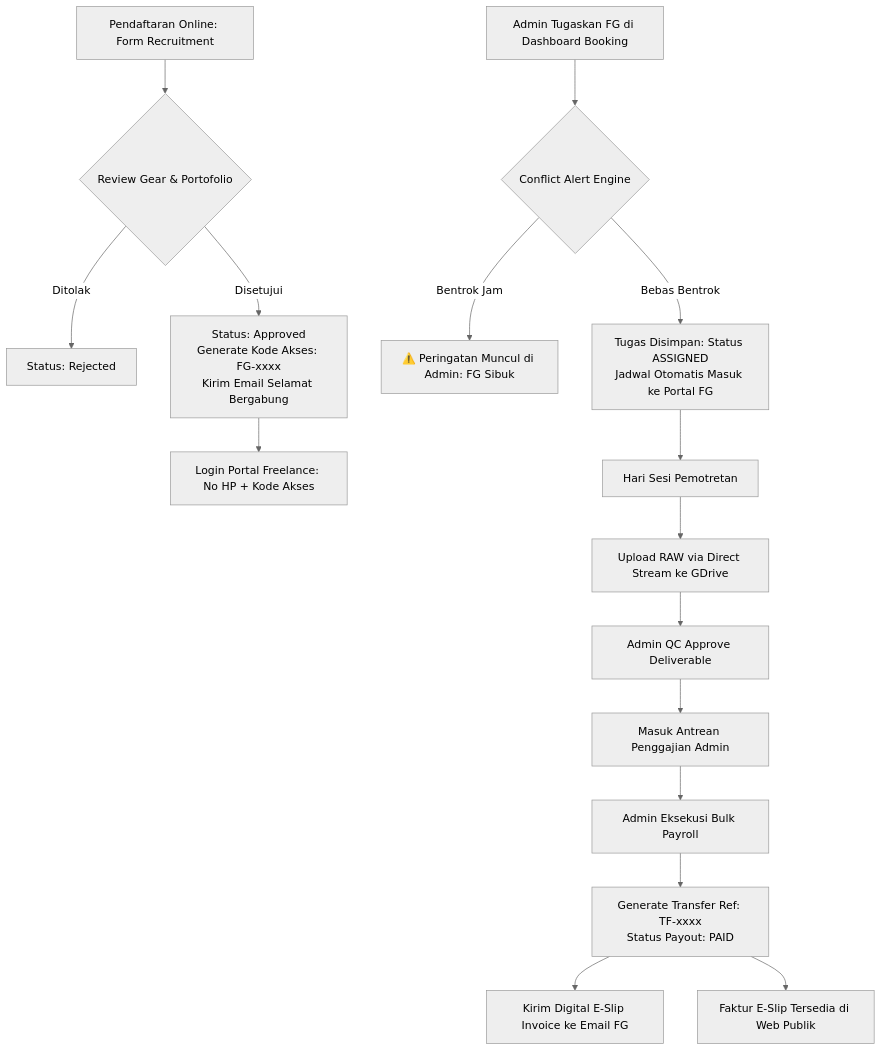
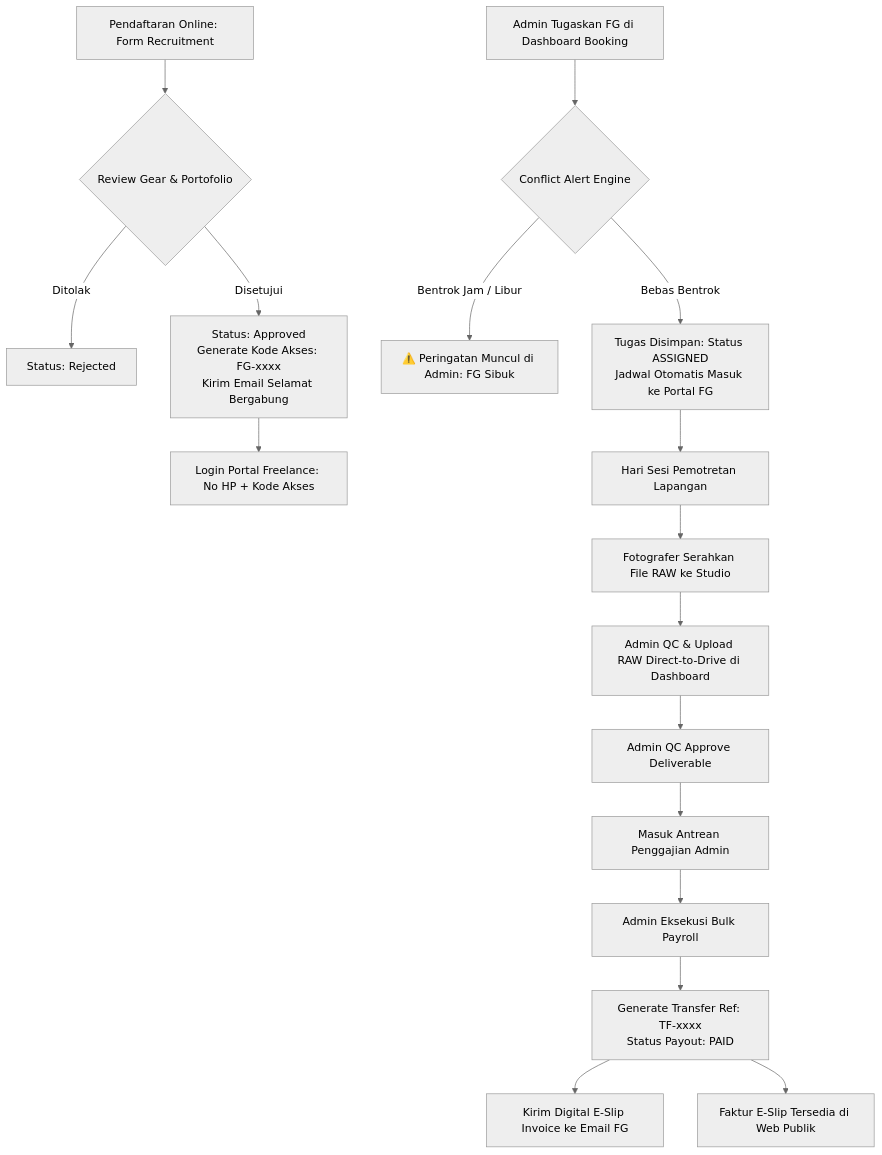
The third of 4 diagrams in FLOW_SISTEM/DOKUMENTASI_KOMPREHENSIF_DAN_DEEP_AUDIT_SISTEM_WISUDA.md (armansyam/Wisuda), drawn with Mermaid (neutral theme) before and after one commit. The commit also changed other lines of this file, not shown here.

Commit message:
docs: clarify 100% Admin-Centric Photo Upload & remove false freelance upload mentions

````diff
--- a/FLOW_SISTEM/DOKUMENTASI_KOMPREHENSIF_DAN_DEEP_AUDIT_SISTEM_WISUDA.md
+++ b/FLOW_SISTEM/DOKUMENTASI_KOMPREHENSIF_DAN_DEEP_AUDIT_SISTEM_WISUDA.md
@@ -156,22 +159,23 @@
 ```mermaid
 graph TD
     Pendaftaran[Pendaftaran Online: Form Recruitment] --> AdminReviewFG{Review Gear & Portofolio}
     AdminReviewFG -->|Ditolak| TolakFG[Status: Rejected]
     AdminReviewFG -->|Disetujui| ApprovedFG[Status: Approved<br/>Generate Kode Akses: FG-xxxx<br/>Kirim Email Selamat Bergabung]
     
     ApprovedFG --> LoginPortal[Login Portal Freelance: No HP + Kode Akses]
     
     AdminAssign[Admin Tugaskan FG di Dashboard Booking] --> CheckConflict{Conflict Alert Engine}
-    CheckConflict -->|Bentrok Jam| AlertAdmin[⚠️ Peringatan Muncul di Admin: FG Sibuk]
+    CheckConflict -->|Bentrok Jam / Libur| AlertAdmin[⚠️ Peringatan Muncul di Admin: FG Sibuk]
     CheckConflict -->|Bebas Bentrok| SaveAssign[Tugas Disimpan: Status ASSIGNED<br/>Jadwal Otomatis Masuk ke Portal FG]
     
-    SaveAssign --> ShootDay[Hari Sesi Pemotretan]
-    ShootDay --> DirectUpload[Upload RAW via Direct Stream ke GDrive]
-    DirectUpload --> QCPass[Admin QC Approve Deliverable]
+    SaveAssign --> ShootDay[Hari Sesi Pemotretan Lapangan]
+    ShootDay --> SerahFile[Fotografer Serahkan File RAW ke Studio]
+    SerahFile --> AdminUpload[Admin QC & Upload RAW Direct-to-Drive di Dashboard]
     
+    AdminUpload --> QCPass[Admin QC Approve Deliverable]
     QCPass --> PayrollQueue[Masuk Antrean Penggajian Admin]
     PayrollQueue --> BulkTransfer[Admin Eksekusi Bulk Payroll]
     BulkTransfer --> GenerateRef[Generate Transfer Ref: TF-xxxx<br/>Status Payout: PAID]
     GenerateRef --> ESlipEmail[Kirim Digital E-Slip Invoice ke Email FG]
     GenerateRef --> PublicInvoice[Faktur E-Slip Tersedia di Web Publik]
 ```
````
